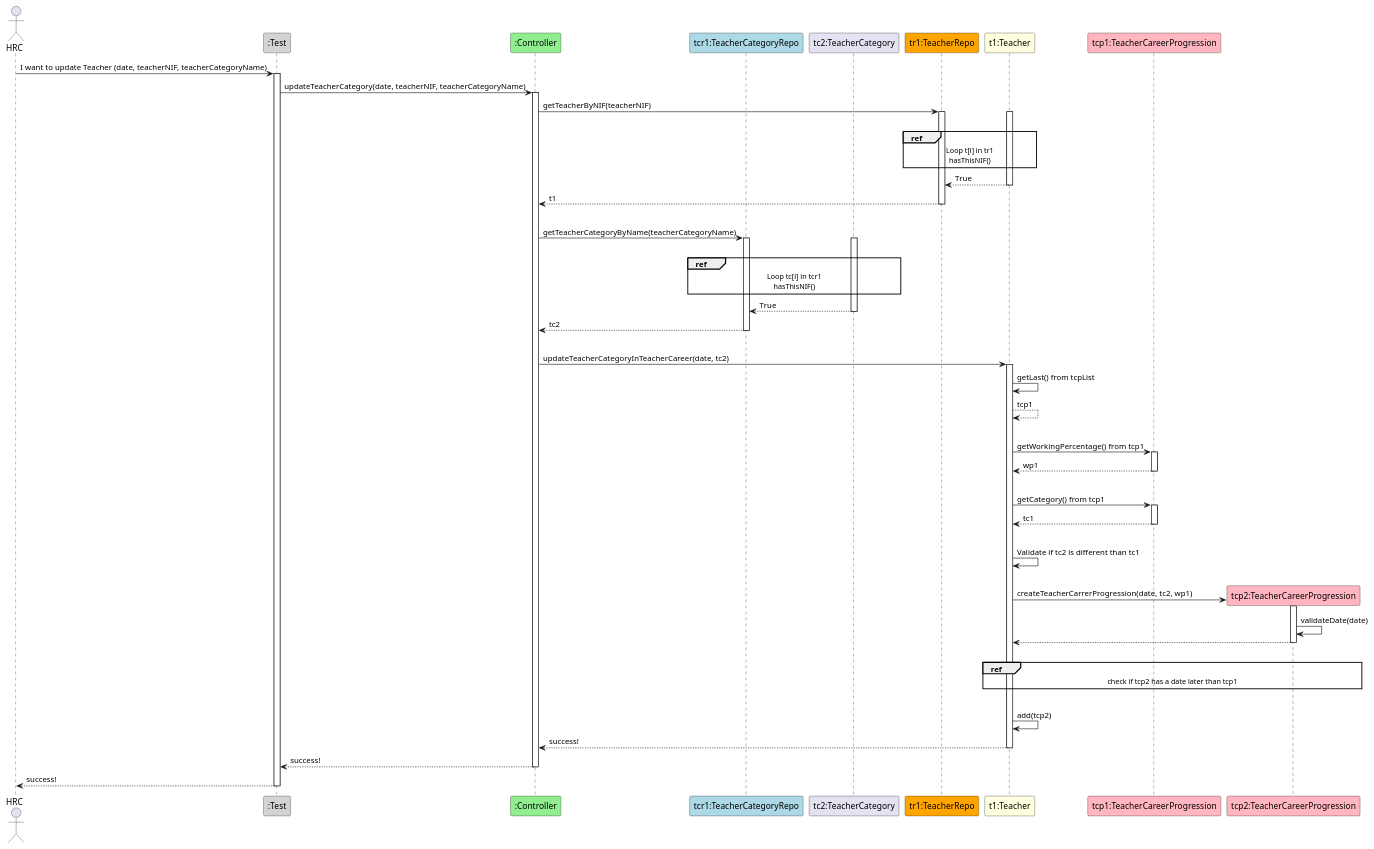
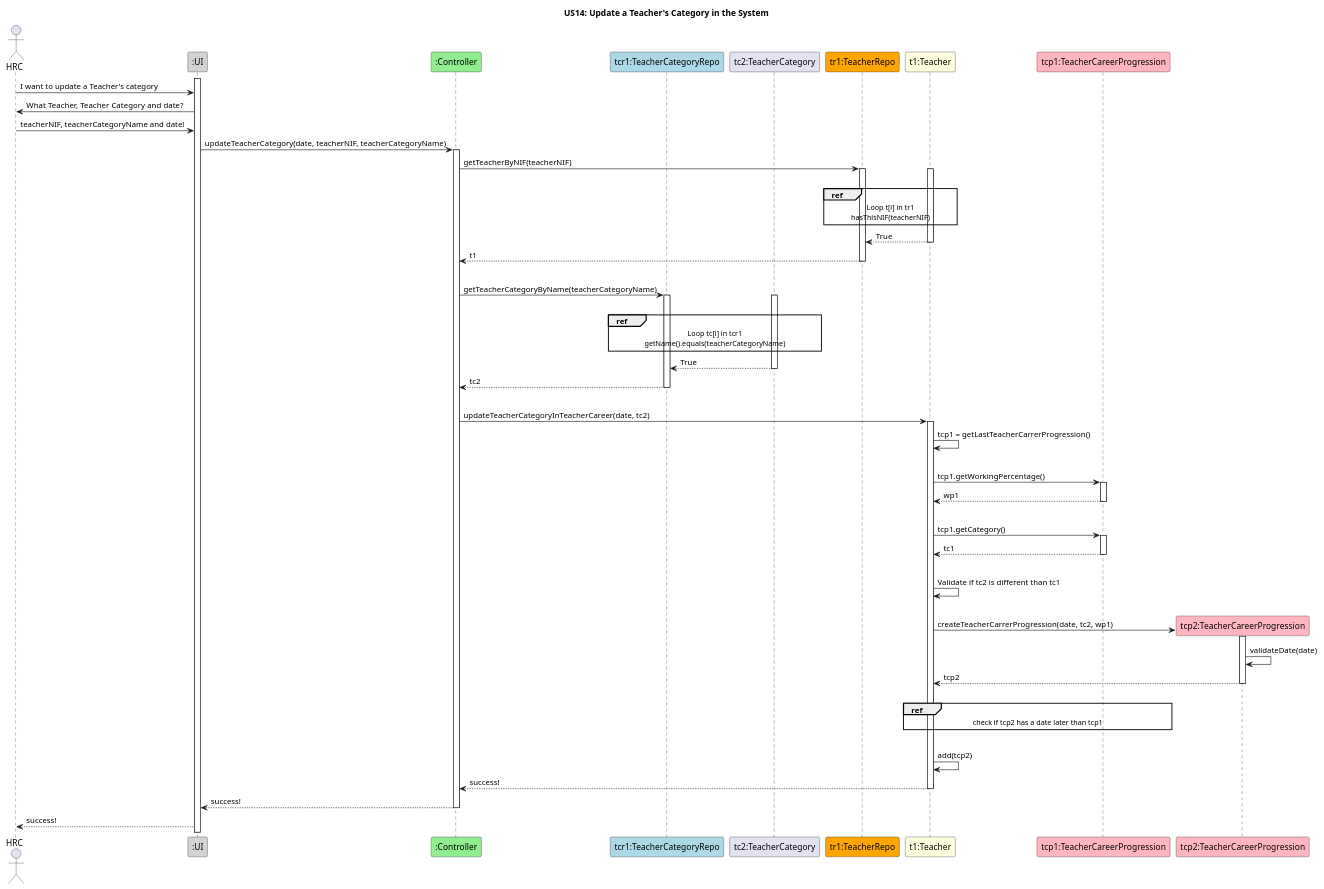
One commit to GasparISEP/DevOps-PAI changed the diagram in docs/sequenceDiagrams/US14/US14_UpdateTeachersCategoryInSystem.puml. Above: the diagram before and after it, drawn with PlantUML. The commit also changed 3 other files, not shown here.

Commit message:
Fixed sequence diagram, added missing SSD, fixed position of return in updateTeacherCategory method in US14 controller and deleted unecessary test, post sprint2.

```diff
--- a/docs/sequenceDiagrams/US14/US14_UpdateTeachersCategoryInSystem.puml
+++ b/docs/sequenceDiagrams/US14/US14_UpdateTeachersCategoryInSystem.puml
@@ -1,77 +1,77 @@
 @startuml
+title US14: Update a Teacher's Category in the System
 actor HRC
-participant ":Test" as TE #lightgrey
+participant ":UI" as UI #lightgrey
 participant ":Controller" as CTL #lightgreen
 participant "tcr1:TeacherCategoryRepo" as TCR #lightblue
 participant "tc2:TeacherCategory" as TC2
 participant "tr1:TeacherRepo" as TR #orange
 participant "t1:Teacher" as T #lightyellow
 participant "tcp1:TeacherCareerProgression" as TCP #lightpink
 participant "tcp2:TeacherCareerProgression" as TCP2 #lightpink
 
-
-HRC -> TE: I want to update Teacher (date, teacherNIF, teacherCategoryName)
-activate TE
-TE -> CTL : updateTeacherCategory(date, teacherNIF, teacherCategoryName)
+activate UI
+HRC -> UI: I want to update a Teacher's category
+UI -> HRC: What Teacher, Teacher Category and date?
+HRC -> UI: teacherNIF, teacherCategoryName and date!
+UI -> CTL : updateTeacherCategory(date, teacherNIF, teacherCategoryName)
 activate CTL
 CTL -> TR: getTeacherByNIF(teacherNIF)
 activate TR
 activate T
 |||
 ref over TR, T
     Loop t[i] in tr1
-    hasThisNIF()
+    hasThisNIF(teacherNIF)
 end ref
 T --> TR: True
 deactivate T
 TR --> CTL: t1
 deactivate TR
 |||
 CTL -> TCR: getTeacherCategoryByName(teacherCategoryName)
 activate TCR
 |||
 activate TC2
 ref over TCR, TC2
     Loop tc[i] in tcr1
-    hasThisNIF()
+    getName().equals(teacherCategoryName)
 end ref
 TC2 --> TCR: True
 deactivate TC2
 TCR --> CTL: tc2
 deactivate TCR
 |||
 CTL -> T: updateTeacherCategoryInTeacherCareer(date, tc2)
 activate T
-T -> T: getLast() from tcpList
-T --> T: tcp1
+T -> T: tcp1 = getLastTeacherCarrerProgression()
 |||
-T -> TCP : getWorkingPercentage() from tcp1
+T -> TCP : tcp1.getWorkingPercentage()
 activate TCP
 TCP --> T : wp1
 deactivate TCP
 |||
-T -> TCP: getCategory() from tcp1
+T -> TCP: tcp1.getCategory()
 activate TCP
 TCP --> T: tc1
 deactivate TCP
 |||
 T -> T: Validate if tc2 is different than tc1
 |||
 T -> TCP2** : createTeacherCarrerProgression(date, tc2, wp1)
 activate TCP2
 TCP2 -> TCP2 : validateDate(date)
-TCP2 --> T
+TCP2 --> T: tcp2
 deactivate TCP2
 |||
-ref over T, TCP2
+ref over T, TCP
     check if tcp2 has a date later than tcp1
 end ref
 |||
 T -> T : add(tcp2)
 T --> CTL : success!
 deactivate T
-CTL --> TE : success!
+CTL --> UI : success!
 deactivate CTL
-TE --> HRC : success!
-deactivate TE
+UI --> HRC : success!
 @enduml
```
